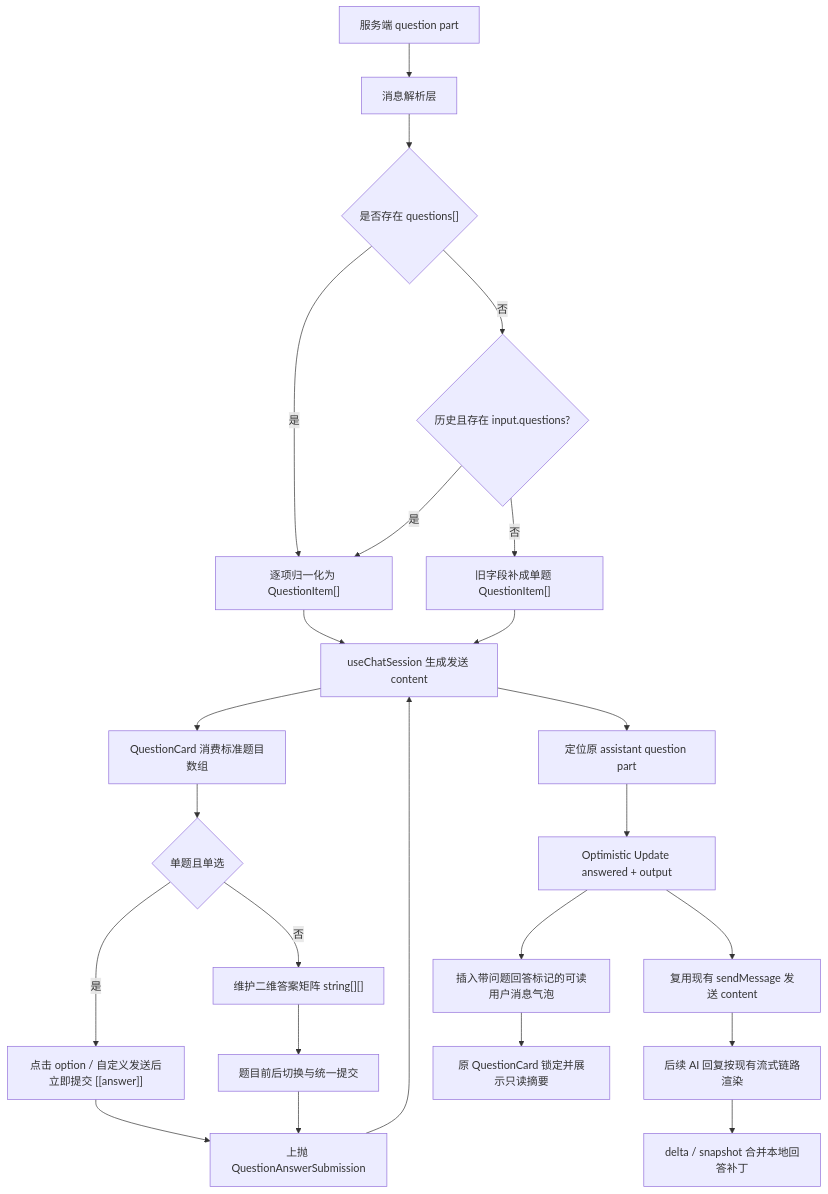
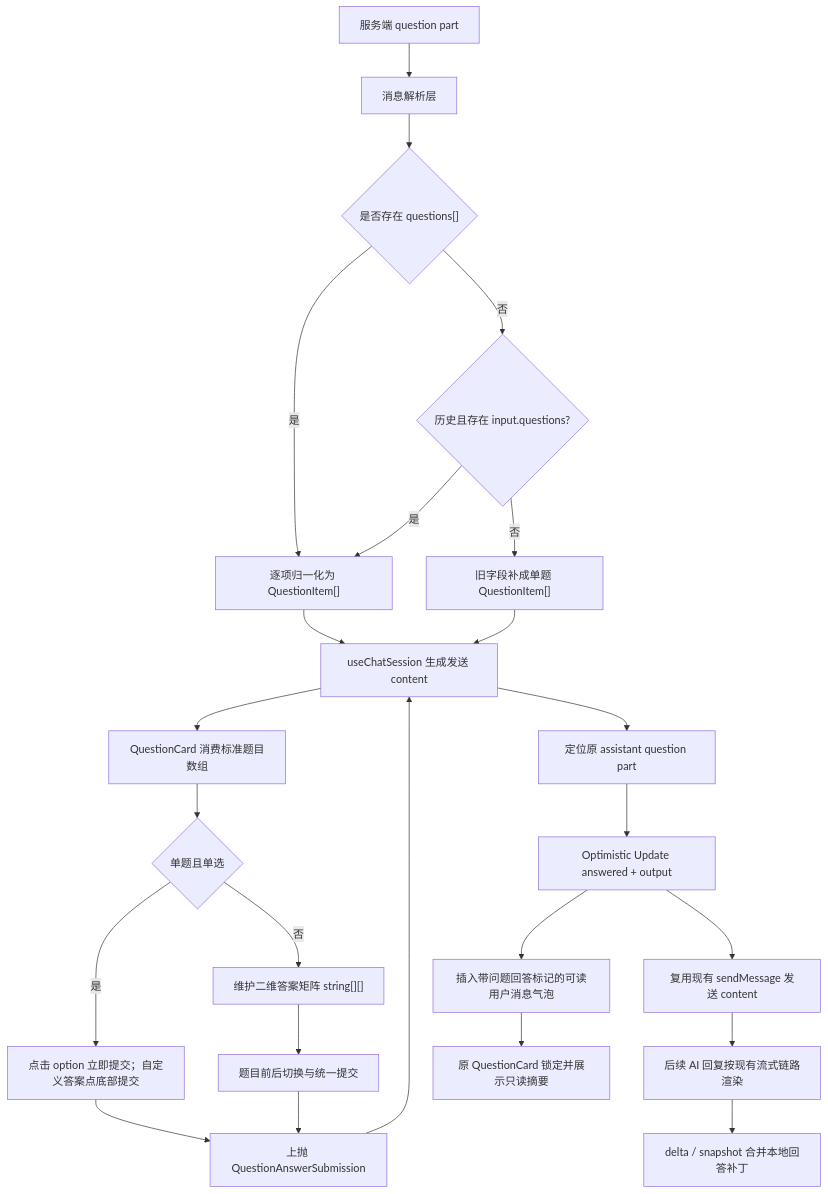
Before and after one commit to Abelsjcheng/skillSDK: the first of 4 diagrams in ai-chat-viewer/docs/2026-06-12-question-card-multi-question-answer-design.md, drawn with Mermaid. The commit also changed other lines of this file and 6 other files, not shown here.

````diff
--- a/ai-chat-viewer/docs/2026-06-12-question-card-multi-question-answer-design.md
+++ b/ai-chat-viewer/docs/2026-06-12-question-card-multi-question-answer-design.md
@@ -46,26 +46,26 @@
 ```mermaid
 flowchart TD
     A["服务端 question part"] --> B["消息解析层"]
     B --> C{"是否存在 questions[]"}
     C -- "是" --> D["逐项归一化为 QuestionItem[]"]
     C -- "否" --> E{"历史且存在 input.questions?"}
     E -- "是" --> D
     E -- "否" --> F["旧字段补成单题 QuestionItem[]"]
     D --> M["消息 part 写入 part.questions"]
     F --> M
     M --> G["QuestionCard 消费标准题目数组"]
     G --> H{"单题且单选"}
-    H -- "是" --> I["点击 option / 自定义发送后立即提交 [[answer]]"]
+    H -- "是" --> I["点击 option 立即提交；自定义答案点底部提交"]
     H -- "否" --> J["维护二维答案矩阵 string[][]"]
     J --> K["题目前后切换与统一提交"]
     I --> L["上抛 QuestionAnswerSubmission"]
     K --> L
     L --> M["useChatSession 生成发送 content"]
     M --> N["定位原 assistant question part"]
     N --> O["Optimistic Update answered + output"]
     O --> P["复用现有 sendMessage 发送 content"]
     O --> Q["插入带问题回答标记的可读用户消息气泡"]
     P --> R["后续 AI 回复按现有流式链路渲染"]
     R --> S["delta / snapshot 合并本地回答补丁"]
     Q --> T["原 QuestionCard 锁定并展示只读摘要"]
 ```
````
